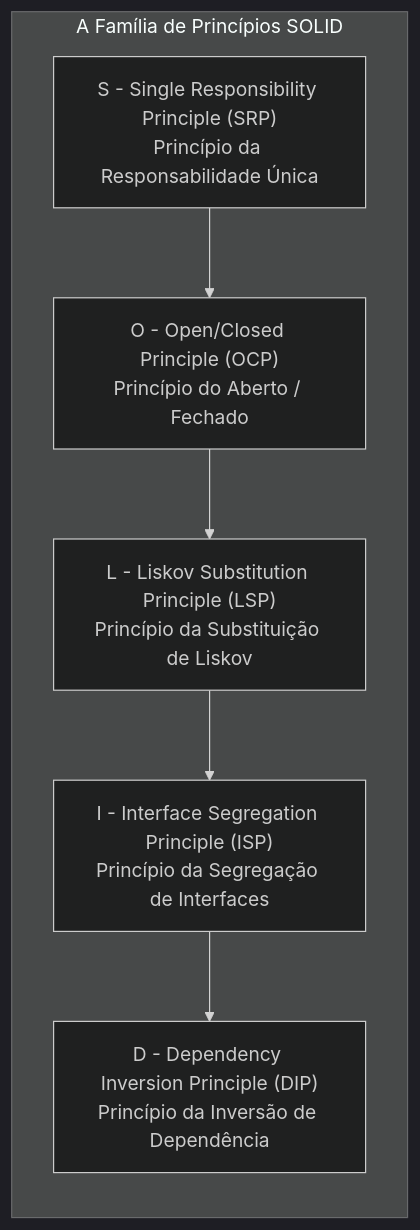
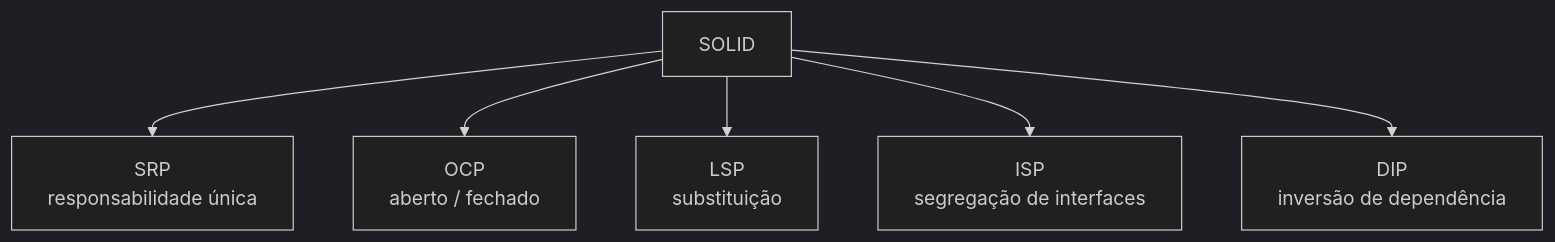
Before and after one commit to leorruas/puc: the second of 12 diagrams in 01. Programacao Modular/23. Princípios SOLID de design orientado a objetos.md, drawn with Mermaid (dark theme). The commit also changed other lines of this file, not shown here.

Commit message:
Normaliza diagramas Mermaid de princípios SOLID

````diff
--- a/01. Programacao Modular/23. Princípios SOLID de design orientado a objetos.md
+++ b/01. Programacao Modular/23. Princípios SOLID de design orientado a objetos.md
@@ -90,14 +84,15 @@
 ```mermaid
 flowchart TD
-    subgraph MapaMentalSOLID ["A Família de Princípios SOLID"]
-        direction TB
+    SOLID["SOLID"]:::core
+    SRP["SRP<br>responsabilidade única"]:::component
+    OCP["OCP<br>aberto / fechado"]:::component
+    LSP["LSP<br>substituição"]:::component
+    ISP["ISP<br>segregação de interfaces"]:::component
+    DIP["DIP<br>inversão de dependência"]:::component
 
-        S["S - Single Responsibility Principle (SRP)<br>Princípio da Responsabilidade Única"]
-        O["O - Open/Closed Principle (OCP)<br>Princípio do Aberto / Fechado"]
-        L["L - Liskov Substitution Principle (LSP)<br>Princípio da Substituição de Liskov"]
-        I["I - Interface Segregation Principle (ISP)<br>Princípio da Segregação de Interfaces"]
-        D["D - Dependency Inversion Principle (DIP)<br>Princípio da Inversão de Dependência"]
-
-        S --> O --> L --> I --> D
-    end
+    SOLID --> SRP
+    SOLID --> OCP
+    SOLID --> LSP
+    SOLID --> ISP
+    SOLID --> DIP
 ```
````
